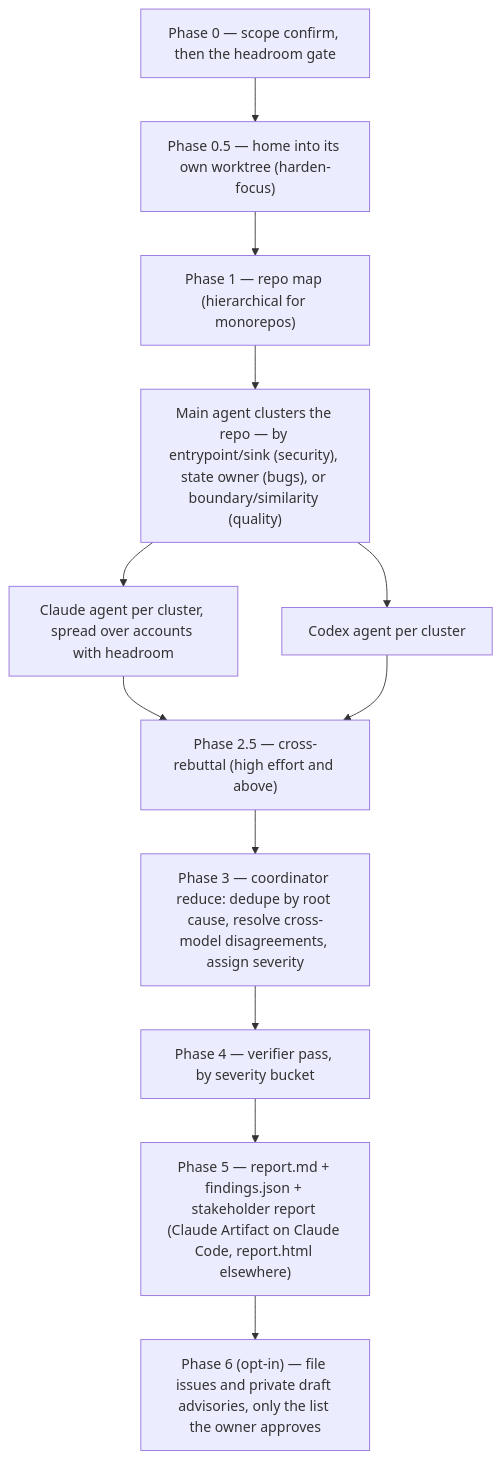
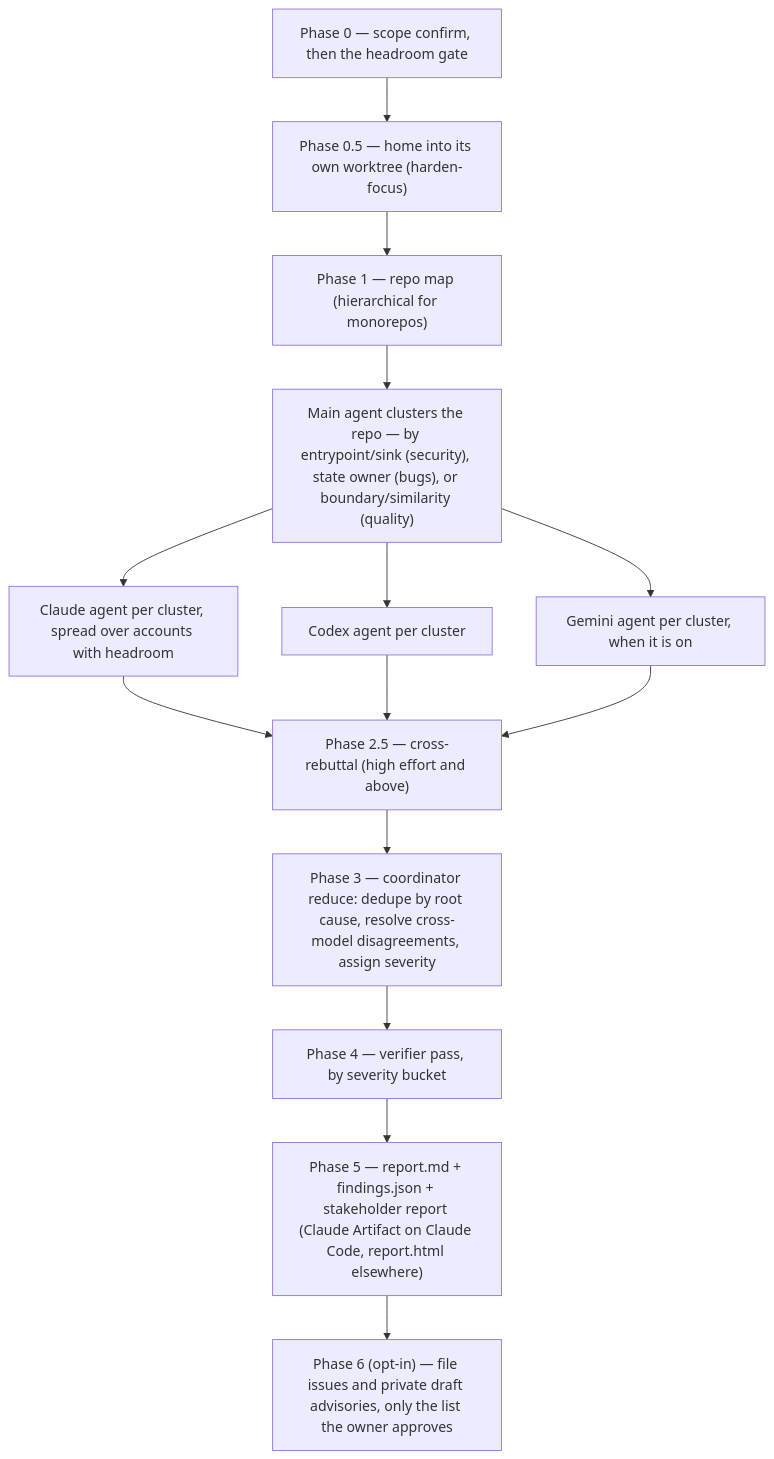
Before and after one commit to alejoamiras/aa-skills: the diagram in skills/harden/README.md, drawn with Mermaid. The commit also changed other lines of this file and 20 other files, not shown here.

````diff
--- a/skills/harden/README.md
+++ b/skills/harden/README.md
@@ -17,14 +17,16 @@
 ```mermaid
 flowchart TD
     S0["Phase 0 — scope confirm, then the headroom gate"] --> H["Phase 0.5 — home into its own worktree (harden-focus)"]
     H --> S1["Phase 1 — repo map (hierarchical for monorepos)"]
     S1 --> CL["Main agent clusters the repo — by entrypoint/sink (security), state owner (bugs), or boundary/similarity (quality)"]
     CL --> A["Claude agent per cluster, spread over accounts with headroom"]
     CL --> B["Codex agent per cluster"]
+    CL --> G["Gemini agent per cluster, when it is on"]
     A --> R["Phase 2.5 — cross-rebuttal (high effort and above)"]
     B --> R
+    G --> R
     R --> S3["Phase 3 — coordinator reduce: dedupe by root cause, resolve cross-model disagreements, assign severity"]
     S3 --> S4["Phase 4 — verifier pass, by severity bucket"]
     S4 --> S5["Phase 5 — report.md + findings.json + stakeholder report (Claude Artifact on Claude Code, report.html elsewhere)"]
     S5 --> S6["Phase 6 (opt-in) — file issues and private draft advisories, only the list the owner approves"]
 ```
````
